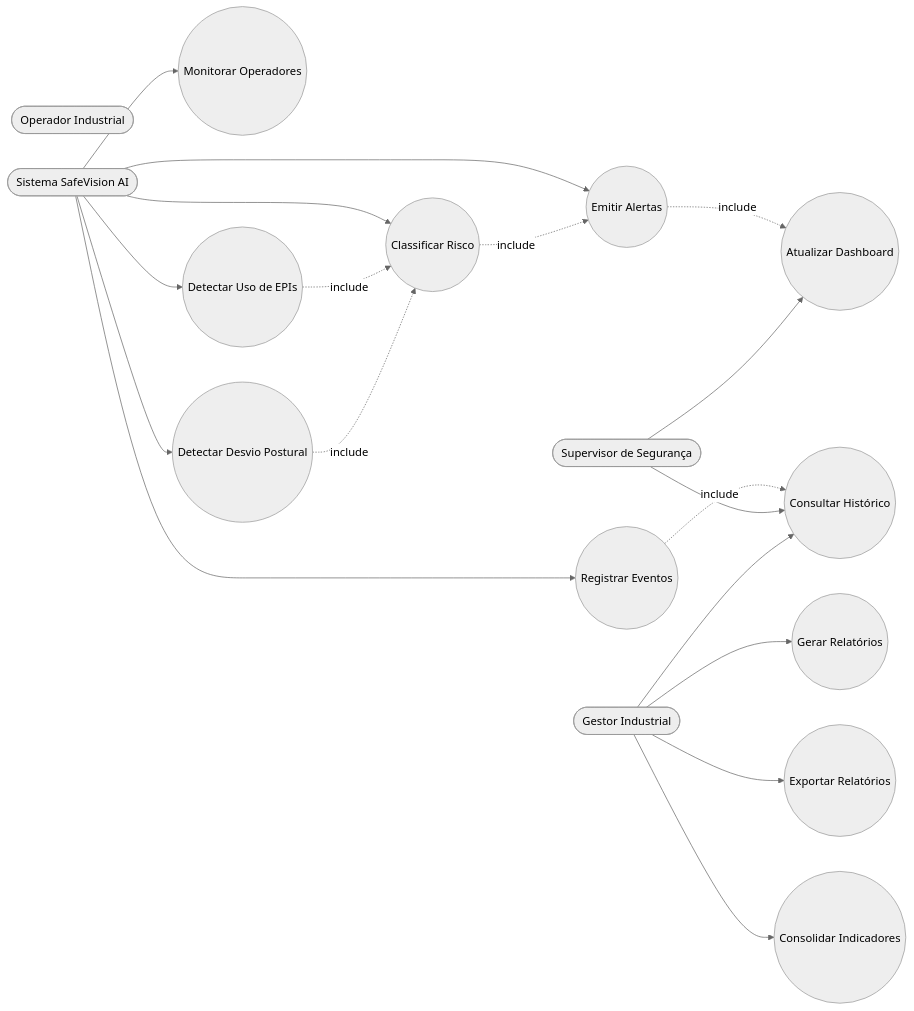
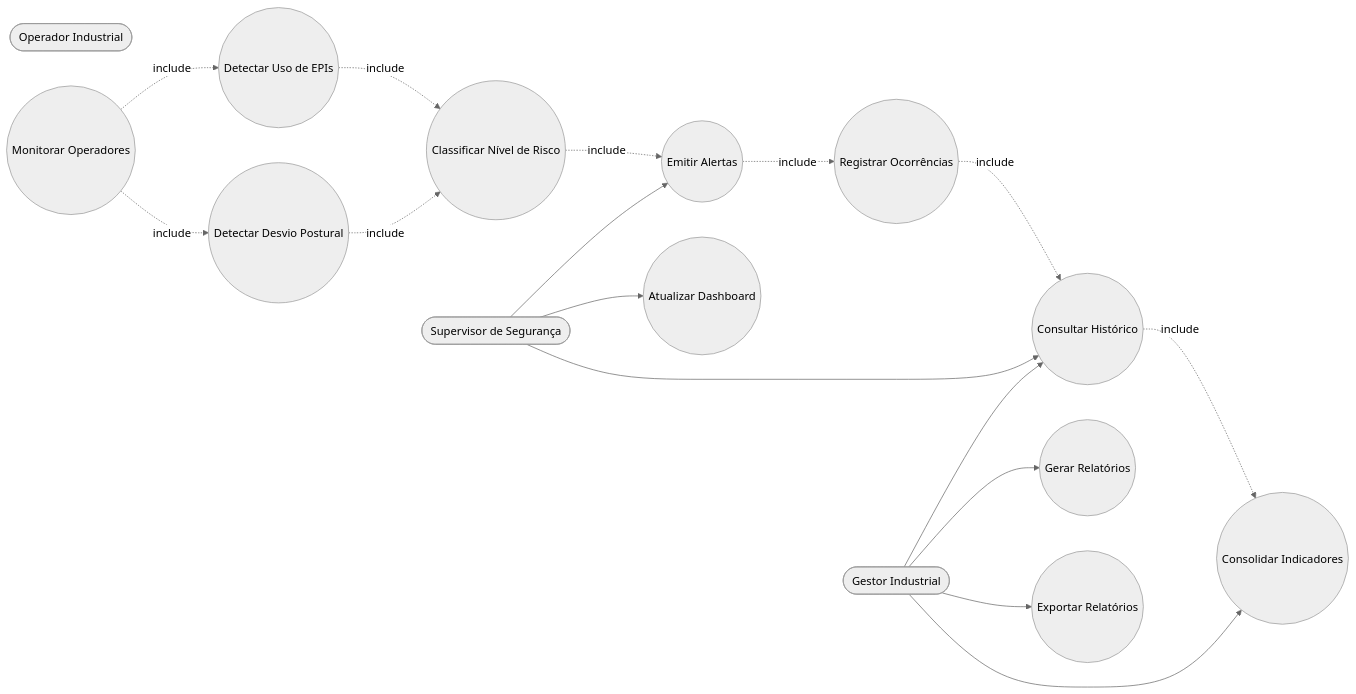
Before and after one commit to An4lu/SPRINT_EngenhariadeSoftware: the diagram in docs/diagramas/casos-de-uso.md, drawn with Mermaid (neutral theme). The commit also changed other lines of this file and 4 other files, not shown here.

Commit message:
fix(): melhorias diagramas

````diff
--- a/docs/diagramas/casos-de-uso.md
+++ b/docs/diagramas/casos-de-uso.md
@@ -3,41 +33,37 @@
 ```mermaid
 flowchart LR
 
 Operador([Operador Industrial])
 Supervisor([Supervisor de Segurança])
 Gestor([Gestor Industrial])
-Sistema([Sistema SafeVision AI])
 
 UC1((Monitorar Operadores))
 UC2((Detectar Uso de EPIs))
 UC3((Detectar Desvio Postural))
-UC4((Classificar Risco))
+UC4((Classificar Nível de Risco))
 UC5((Emitir Alertas))
 UC6((Atualizar Dashboard))
-UC7((Consultar Histórico))
-UC8((Gerar Relatórios))
-UC9((Exportar Relatórios))
-UC10((Consolidar Indicadores))
-UC11((Registrar Eventos))
+UC7((Registrar Ocorrências))
+UC8((Consultar Histórico))
+UC9((Gerar Relatórios))
+UC10((Exportar Relatórios))
+UC11((Consolidar Indicadores))
 
-Sistema --> UC1
-Sistema --> UC2
-Sistema --> UC3
-Sistema --> UC4
-Sistema --> UC5
-Sistema --> UC11
-
+UC1 -. include .-> UC2
+UC1 -. include .-> UC3
 UC2 -. include .-> UC4
 UC3 -. include .-> UC4
 UC4 -. include .-> UC5
-UC5 -. include .-> UC6
-UC11 -. include .-> UC7
+UC5 -. include .-> UC7
+UC7 -. include .-> UC8
+UC8 -. include .-> UC11
 
 Supervisor --> UC6
-Supervisor --> UC7
+Supervisor --> UC8
+Supervisor --> UC5
 
-Gestor --> UC8
 Gestor --> UC9
 Gestor --> UC10
-Gestor --> UC7
+Gestor --> UC11
+Gestor --> UC8
 ```
````
